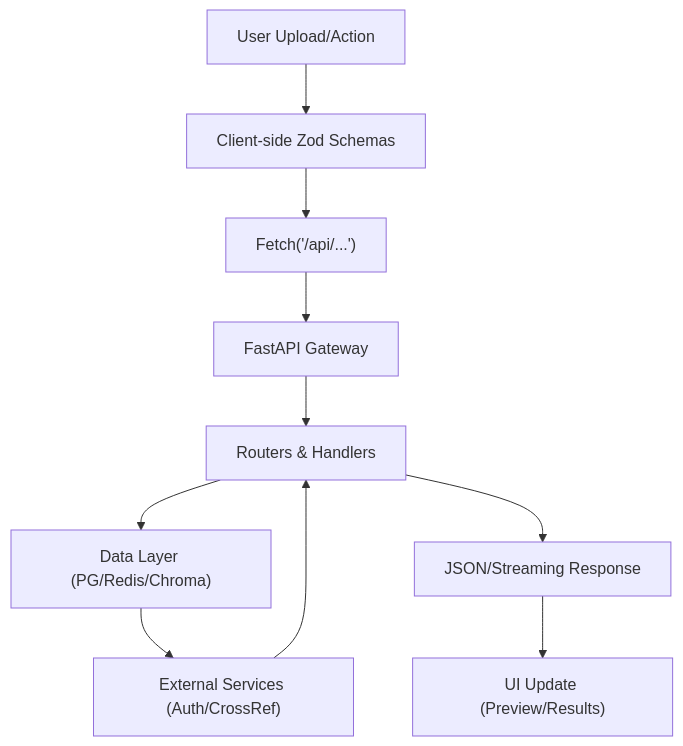
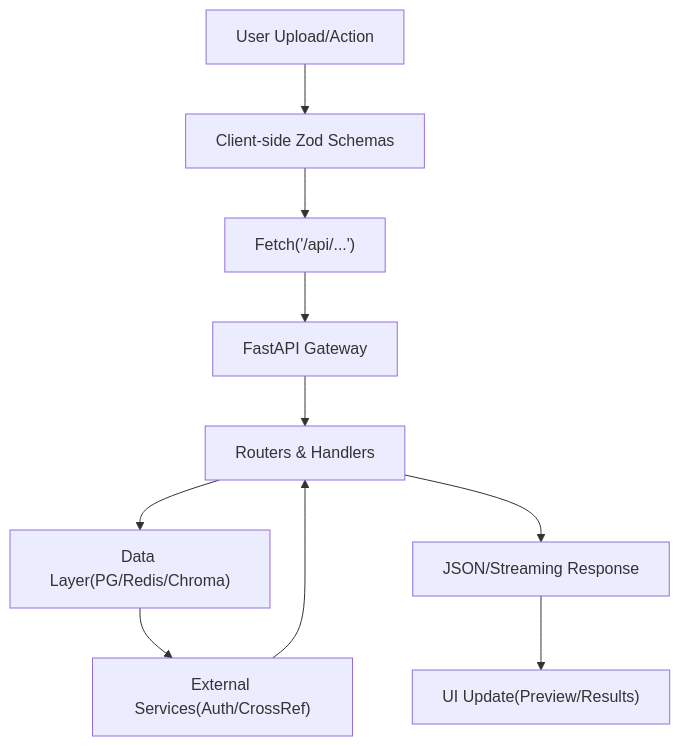
The seventh of 8 diagrams in docs/docs/knowledge/Architecture Overview/System Layers.md (rohitkumarnaidu/ScholarFormAI), drawn with Mermaid before and after one commit. The commit also changed 73 other files, not shown here.

First line of the commit message:
docs: enterprise-level markdown upgrade with Mermaid diagrams

````diff
--- a/docs/docs/knowledge/Architecture Overview/System Layers.md
+++ b/docs/docs/knowledge/Architecture Overview/System Layers.md
@@ -341,12 +341,12 @@
 ```mermaid
 flowchart TD
 UI_Start["User Upload/Action"] --> Validate["Client-side Zod Schemas"]
 Validate --> Submit["Fetch('/api/...')"]
 Submit --> Gateway["FastAPI Gateway"]
 Gateway --> Handlers["Routers & Handlers"]
-Handlers --> Data["Data Layer (PG/Redis/Chroma)"]
-Data --> External["External Services (Auth/CrossRef)"]
+Handlers --> Data["Data Layer(PG/Redis/Chroma)"]
+Data --> External["External Services(Auth/CrossRef)"]
 External --> Handlers
 Handlers --> Response["JSON/Streaming Response"]
-Response --> UI_Update["UI Update (Preview/Results)"]
+Response --> UI_Update["UI Update(Preview/Results)"]
 ```
````
